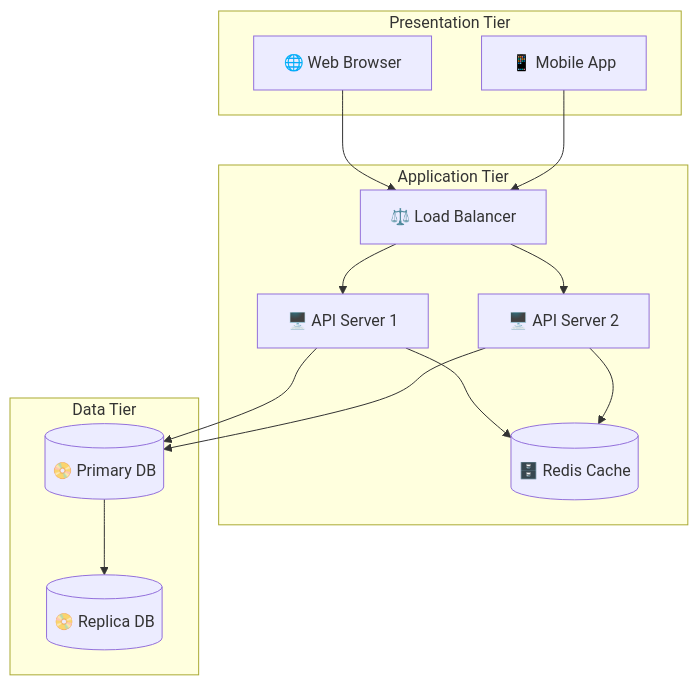
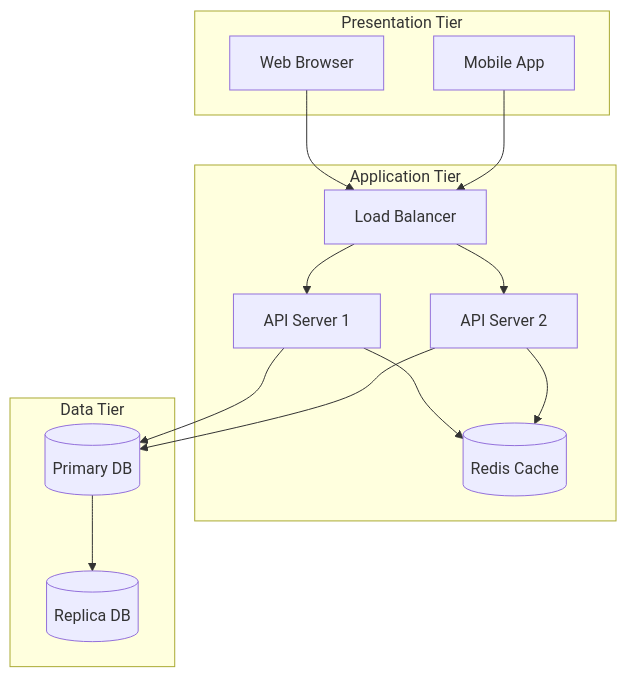
One commit to hexobandit/X9_simplemermaid changed the diagram in examples/three-tier.mmd. Above: the diagram before and after it, drawn with Mermaid. The commit also changed 25 other files, not shown here.

```diff
--- a/examples/three-tier.mmd
+++ b/examples/three-tier.mmd
@@ -1,24 +1,24 @@
 flowchart TB
 subgraph Presentation [Presentation Tier]
-Web[🌐 Web Browser]
-Mobile[📱 Mobile App]
+Web[Web Browser]
+Mobile[Mobile App]
 end
 subgraph Application [Application Tier]
-LB[⚖️ Load Balancer]
-API1[🖥️ API Server 1]
-API2[🖥️ API Server 2]
-Cache[(🗄️ Redis Cache)]
+LB[Load Balancer]
+API1[API Server 1]
+API2[API Server 2]
+Cache[(Redis Cache)]
 end
 subgraph Data [Data Tier]
-Primary[(📀 Primary DB)]
-Replica[(📀 Replica DB)]
+Primary[(Primary DB)]
+Replica[(Replica DB)]
 end
 Web --> LB
 Mobile --> LB
 LB --> API1
 LB --> API2
 API1 --> Cache
 API2 --> Cache
 API1 --> Primary
 API2 --> Primary
 Primary --> Replica
```
